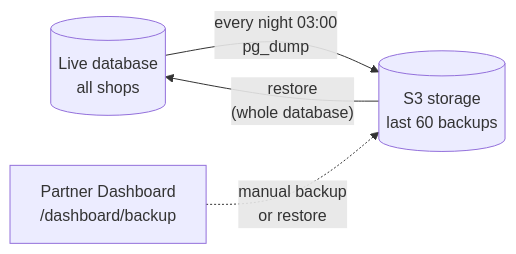
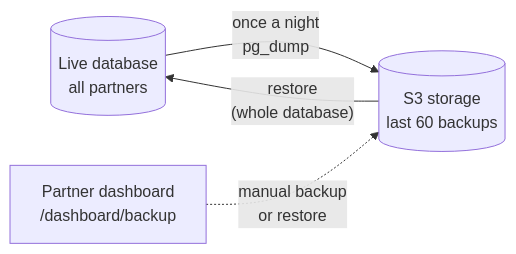
One commit to Tariq-Monowar/FF-DOSC changed the diagram in order-anatomy/frontend/01-dashboard-custom-shafts.md. Above: the diagram before and after it, drawn with Mermaid. The commit also changed other lines of this file, not shown here.

````diff
--- a/order-anatomy/frontend/01-dashboard-custom-shafts.md
+++ b/order-anatomy/frontend/01-dashboard-custom-shafts.md
@@ -121,6 +180,6 @@
 ```mermaid
 flowchart LR
-    DB[("Live database<br/>all shops")] -->|"every night 03:00<br/>pg_dump"| S3[("S3 storage<br/>last 60 backups")]
+    DB[("Live database<br/>all partners")] -->|"once a night<br/>pg_dump"| S3[("S3 storage<br/>last 60 backups")]
     S3 -->|"restore<br/>(whole database)"| DB
-    UI["Partner Dashboard<br/>/dashboard/backup"] -.->|"manual backup<br/>or restore"| S3
+    UI["Partner dashboard<br/>/dashboard/backup"] -.->|"manual backup<br/>or restore"| S3
 ```
````
